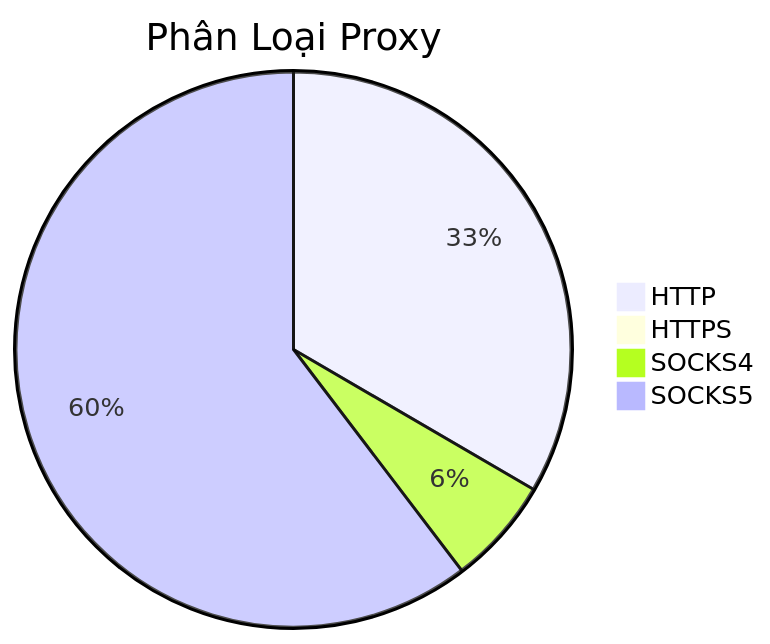
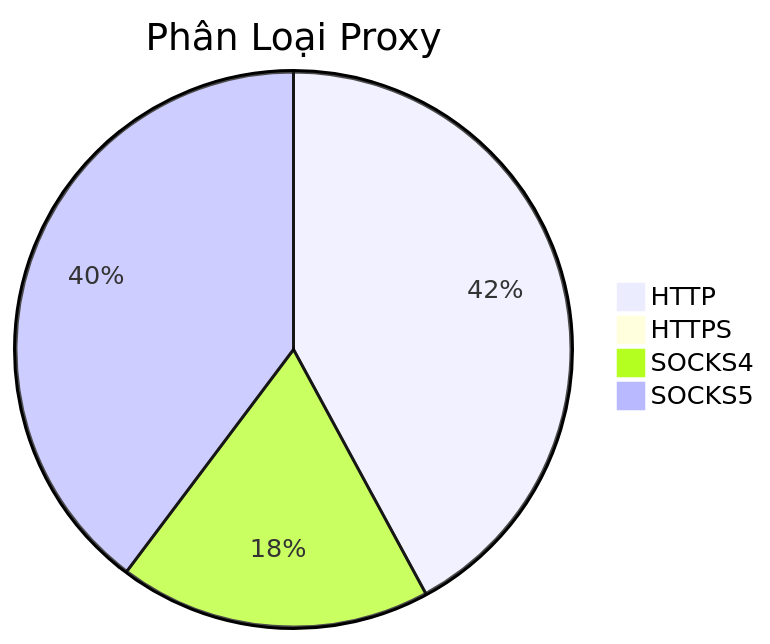
The diagram in README.md (Ciara-Aa/PROXY-free), drawn with Mermaid before and after one commit. The commit also changed other lines of this file and 4 other files, not shown here.

````diff
--- a/README.md
+++ b/README.md
@@ -26,7 +26,7 @@
 ```mermaid
 pie title Phân Loại Proxy
-    "HTTP" : 2053
-    "HTTPS" : 2
-    "SOCKS4" : 384
-    "SOCKS5" : 3710
+    "HTTP" : 554
+    "HTTPS" : 0
+    "SOCKS4" : 239
+    "SOCKS5" : 523
 ```
````
